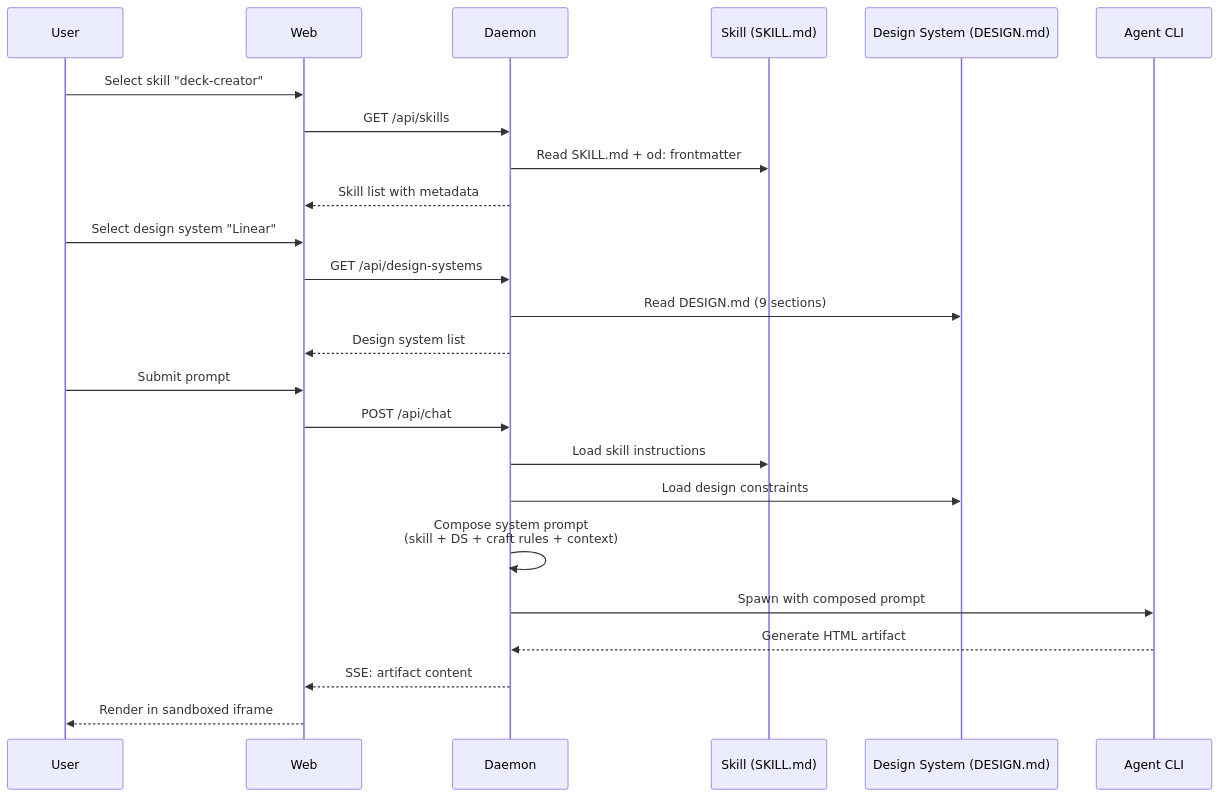
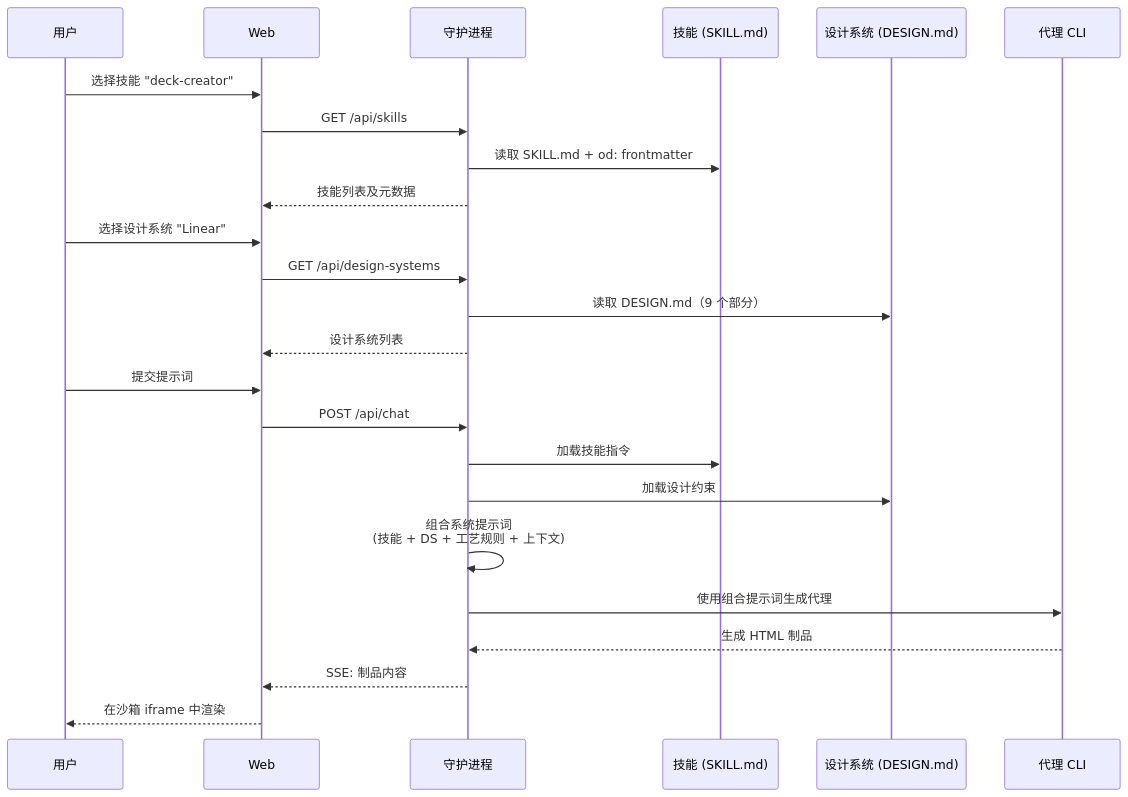
One commit to nmsn/open-design changed the tenth of 12 diagrams in docs/codebase/ARCHITECTURE.md. Above: the diagram before and after it, drawn with Mermaid. The commit also changed other lines of this file and 2 other files, not shown here.

````diff
--- a/docs/codebase/ARCHITECTURE.md
+++ b/docs/codebase/ARCHITECTURE.md
@@ -292,29 +292,29 @@
 ```mermaid
 sequenceDiagram
-    participant U as User
+    participant U as 用户
     participant W as Web
-    participant D as Daemon
-    participant S as Skill (SKILL.md)
-    participant DS as Design System (DESIGN.md)
-    participant A as Agent CLI
+    participant D as 守护进程
+    participant S as 技能 (SKILL.md)
+    participant DS as 设计系统 (DESIGN.md)
+    participant A as 代理 CLI
 
-    U->>W: Select skill "deck-creator"
+    U->>W: 选择技能 "deck-creator"
     W->>D: GET /api/skills
-    D->>S: Read SKILL.md + od: frontmatter
-    D-->>W: Skill list with metadata
+    D->>S: 读取 SKILL.md + od: frontmatter
+    D-->>W: 技能列表及元数据
 
-    U->>W: Select design system "Linear"
+    U->>W: 选择设计系统 "Linear"
     W->>D: GET /api/design-systems
-    D->>DS: Read DESIGN.md (9 sections)
-    D-->>W: Design system list
+    D->>DS: 读取 DESIGN.md（9 个部分）
+    D-->>W: 设计系统列表
 
-    U->>W: Submit prompt
+    U->>W: 提交提示词
     W->>D: POST /api/chat
-    D->>S: Load skill instructions
-    D->>DS: Load design constraints
-    D->>D: Compose system prompt<br/>(skill + DS + craft rules + context)
-    D->>A: Spawn with composed prompt
-    A-->>D: Generate HTML artifact
-    D-->>W: SSE: artifact content
-    W-->>U: Render in sandboxed iframe
+    D->>S: 加载技能指令
+    D->>DS: 加载设计约束
+    D->>D: 组合系统提示词<br/>(技能 + DS + 工艺规则 + 上下文)
+    D->>A: 使用组合提示词生成代理
+    A-->>D: 生成 HTML 制品
+    D-->>W: SSE: 制品内容
+    W-->>U: 在沙箱 iframe 中渲染
 ```
````
